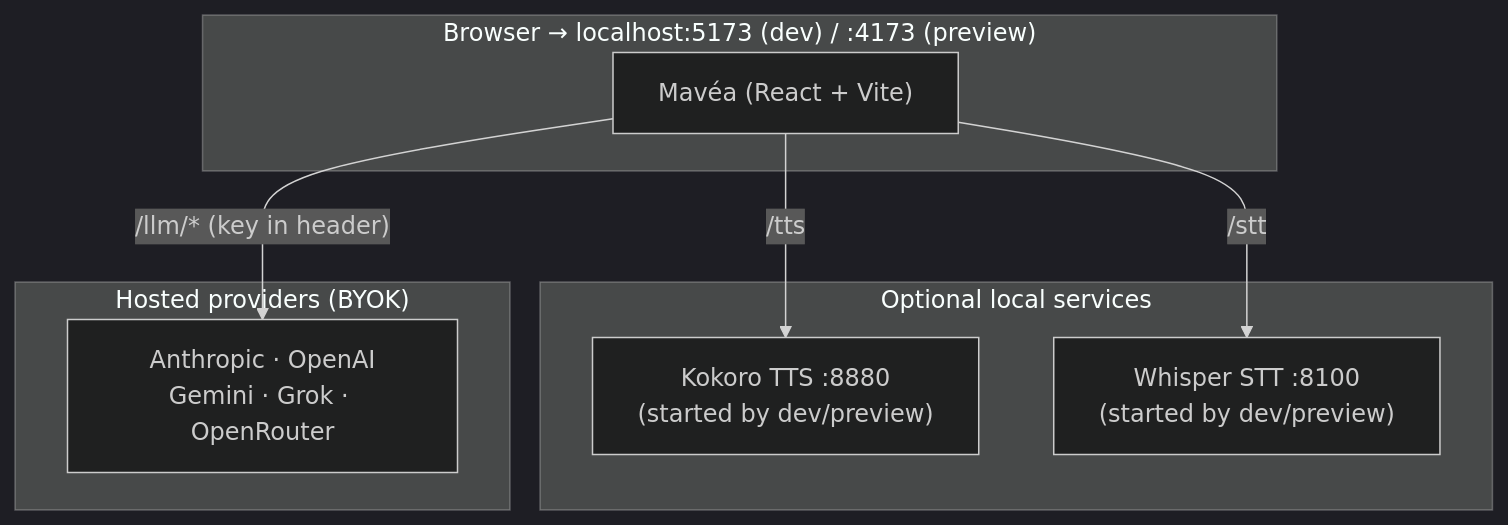
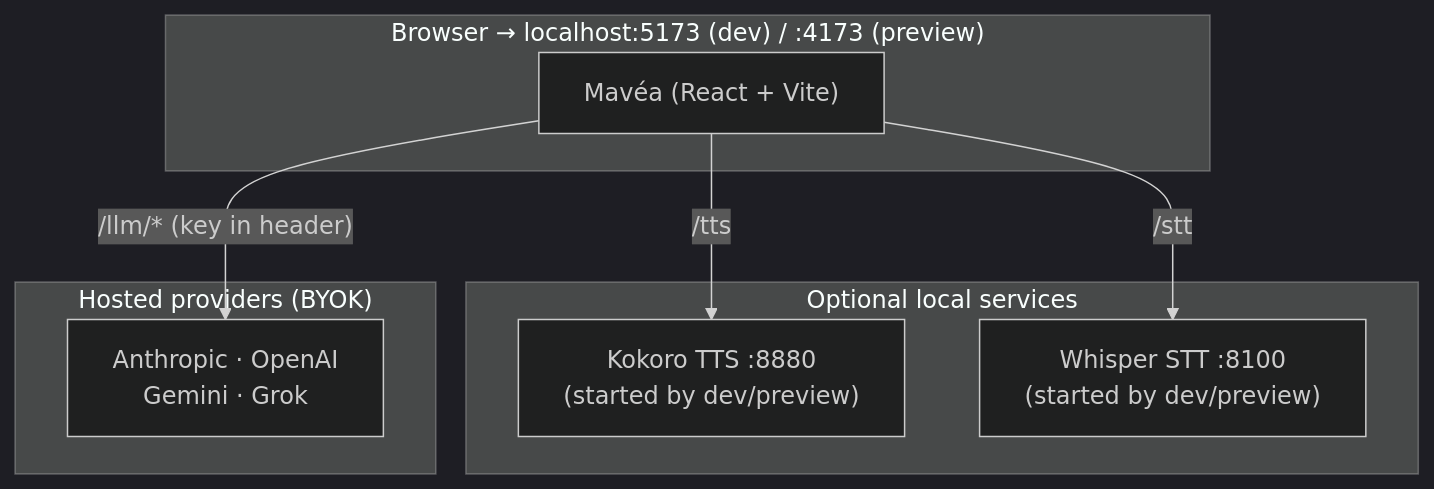
Before and after one commit to TryMaveaAI/mavea: the diagram in docs/LIVE-SETUP.md, drawn with Mermaid (dark theme). The commit also changed other lines of this file and 8 other files, not shown here.

First line of the commit message:
feat(live): take OpenRouter off the provider pickers for now

````diff
--- a/docs/LIVE-SETUP.md
+++ b/docs/LIVE-SETUP.md
@@ -126,16 +117,16 @@
 ```mermaid
 flowchart TD
     subgraph client ["Browser → localhost:5173 (dev) / :4173 (preview)"]
         APP["Mavéa (React + Vite)"]
     end
     subgraph optional ["Optional local services"]
         KO["Kokoro TTS :8880\n(started by dev/preview)"]
         WH["Whisper STT :8100\n(started by dev/preview)"]
     end
     subgraph hosted ["Hosted providers (BYOK)"]
-        AN["Anthropic · OpenAI\nGemini · Grok · OpenRouter"]
+        AN["Anthropic · OpenAI\nGemini · Grok"]
     end
     APP -->|/tts| KO
     APP -->|/stt| WH
     APP -->|"/llm/* (key in header)"| AN
 ```
````
